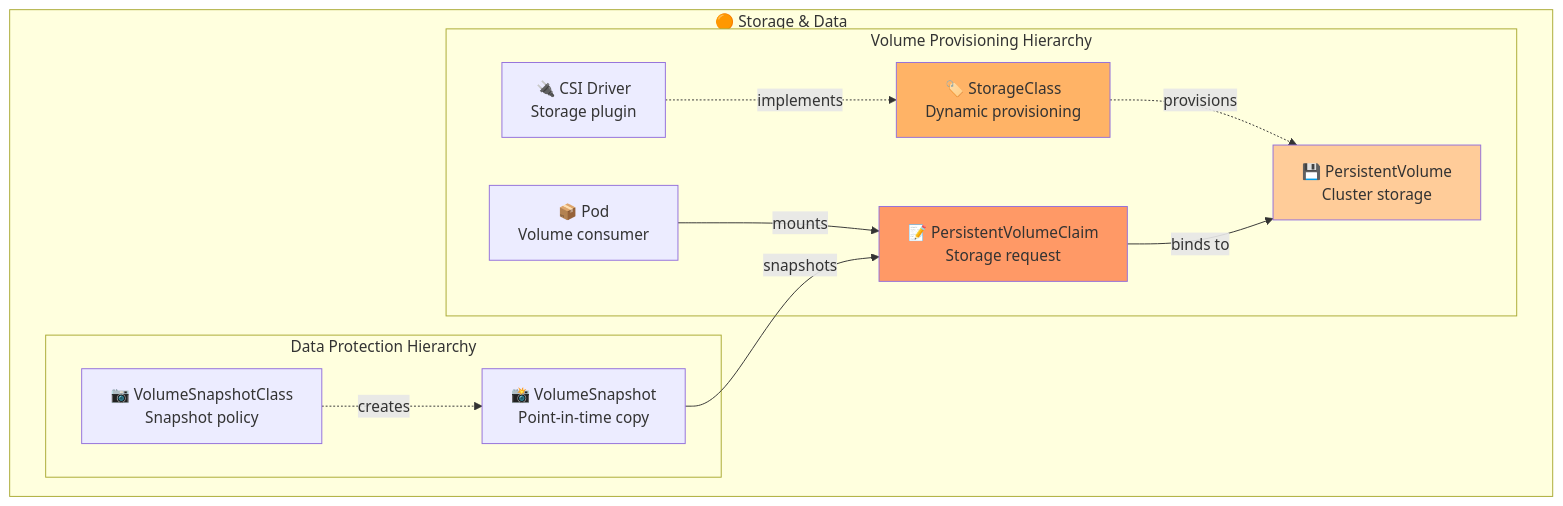
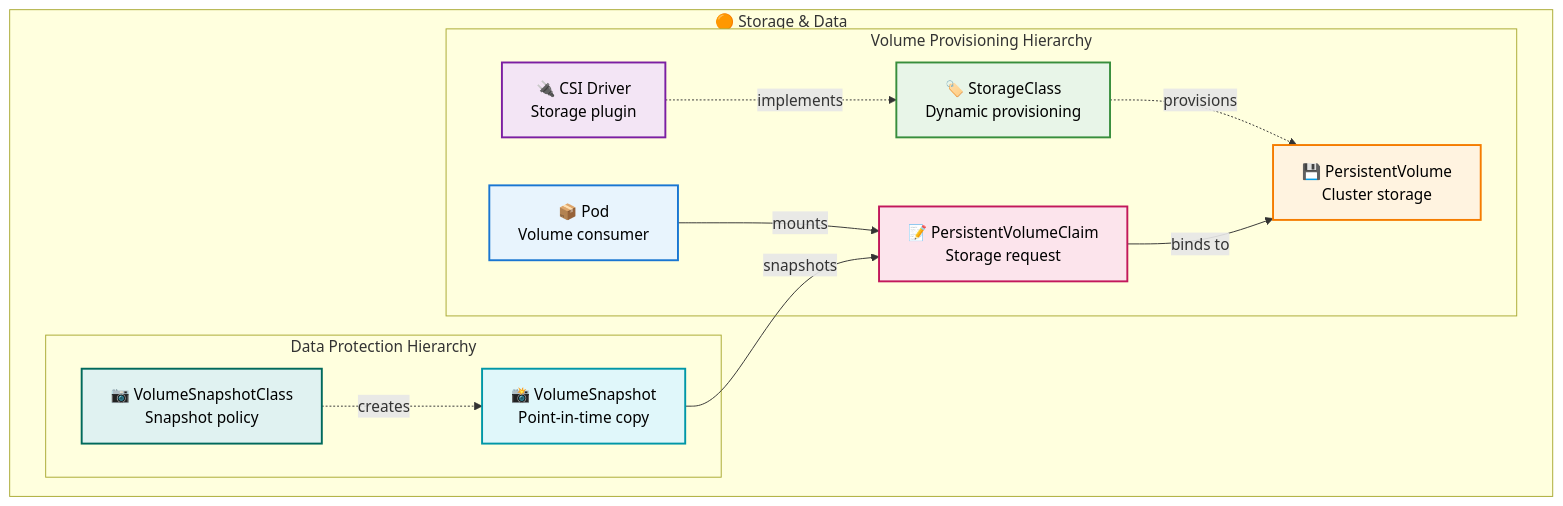
One commit to razkevich/system_design_course changed the fourth of 8 diagrams in 1.4_distributed_systems/kubernetes_developer_guide.md. Above: the diagram before and after it, drawn with Mermaid. The commit also changed other lines of this file, not shown here.

````diff
--- a/1.4_distributed_systems/kubernetes_developer_guide.md
+++ b/1.4_distributed_systems/kubernetes_developer_guide.md
@@ -101,30 +135,34 @@
 ```mermaid
 flowchart TD
     subgraph "🟠 Storage & Data"
         
         subgraph "Volume Provisioning Hierarchy"
             StorageClass["🏷️ StorageClass<br/>Dynamic provisioning"]
             CSI["🔌 CSI Driver<br/>Storage plugin"]
             PV["💾 PersistentVolume<br/>Cluster storage"]
             PVC["📝 PersistentVolumeClaim<br/>Storage request"]
             StoragePod["📦 Pod<br/>Volume consumer"]
             
             StorageClass -.->|"provisions"| PV
             CSI -.->|"implements"| StorageClass
             PVC -->|"binds to"| PV
             StoragePod -->|"mounts"| PVC
         end
         
         subgraph "Data Protection Hierarchy"
             VolumeSnapshotClass["📷 VolumeSnapshotClass<br/>Snapshot policy"]
             VolumeSnapshot["📸 VolumeSnapshot<br/>Point-in-time copy"]
             
             VolumeSnapshotClass -.->|"creates"| VolumeSnapshot
             VolumeSnapshot -->|"snapshots"| PVC
         end
     end
     
-    style PV fill:#ffcc99
-    style PVC fill:#ff9966
-    style StorageClass fill:#ffb366
+    style StoragePod fill:#e8f4fd,stroke:#1976d2,stroke-width:2px,color:#000
+    style PV fill:#fff3e0,stroke:#f57c00,stroke-width:2px,color:#000
+    style PVC fill:#fce4ec,stroke:#c2185b,stroke-width:2px,color:#000
+    style StorageClass fill:#e8f5e8,stroke:#388e3c,stroke-width:2px,color:#000
+    style CSI fill:#f3e5f5,stroke:#7b1fa2,stroke-width:2px,color:#000
+    style VolumeSnapshotClass fill:#e0f2f1,stroke:#00695c,stroke-width:2px,color:#000
+    style VolumeSnapshot fill:#e0f7fa,stroke:#0097a7,stroke-width:2px,color:#000
 ```
````
